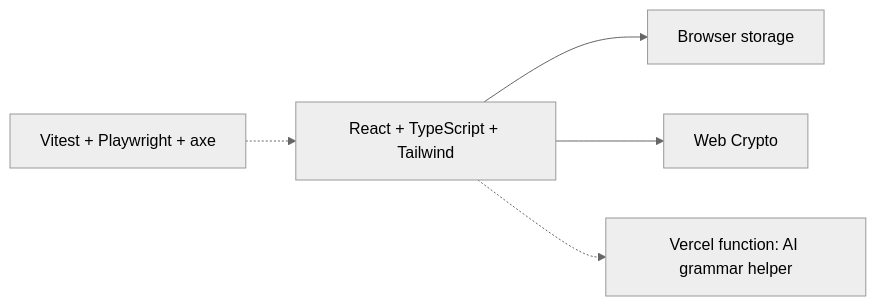
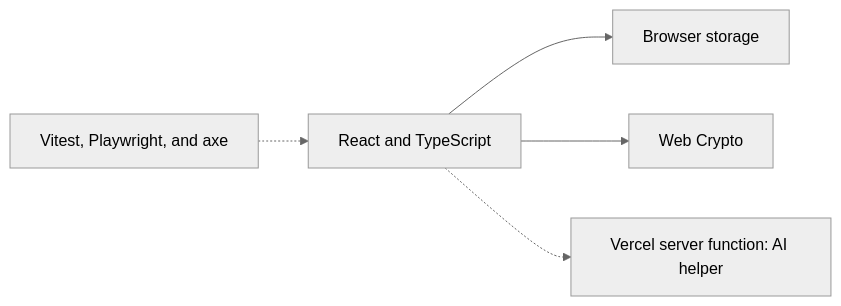
The third of 3 diagrams in README.md (DeafGecko/clearcard), drawn with Mermaid (neutral theme) before and after one commit. The commit also changed other lines of this file and 3 other files, not shown here.

````diff
--- a/README.md
+++ b/README.md
@@ -88,7 +87,7 @@
 ```mermaid
 flowchart LR
-  UI["React + TypeScript + Tailwind"] --> Store["Browser storage"]
+  UI["React and TypeScript"] --> Store["Browser storage"]
   UI --> Crypto["Web Crypto"]
-  UI -.-> API["Vercel function: AI grammar helper"]
-  Tests["Vitest + Playwright + axe"] -.-> UI
+  UI -.-> API["Vercel server function: AI helper"]
+  Tests["Vitest, Playwright, and axe"] -.-> UI
 ```
````
